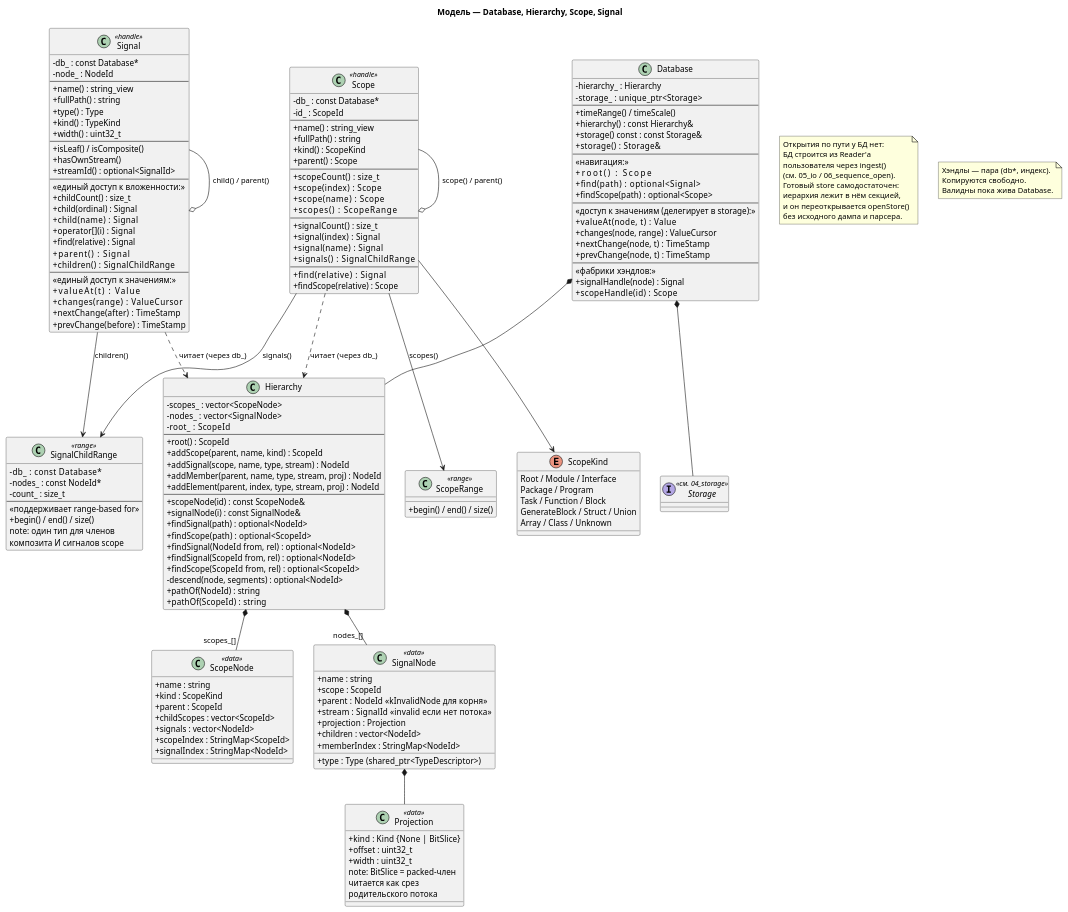
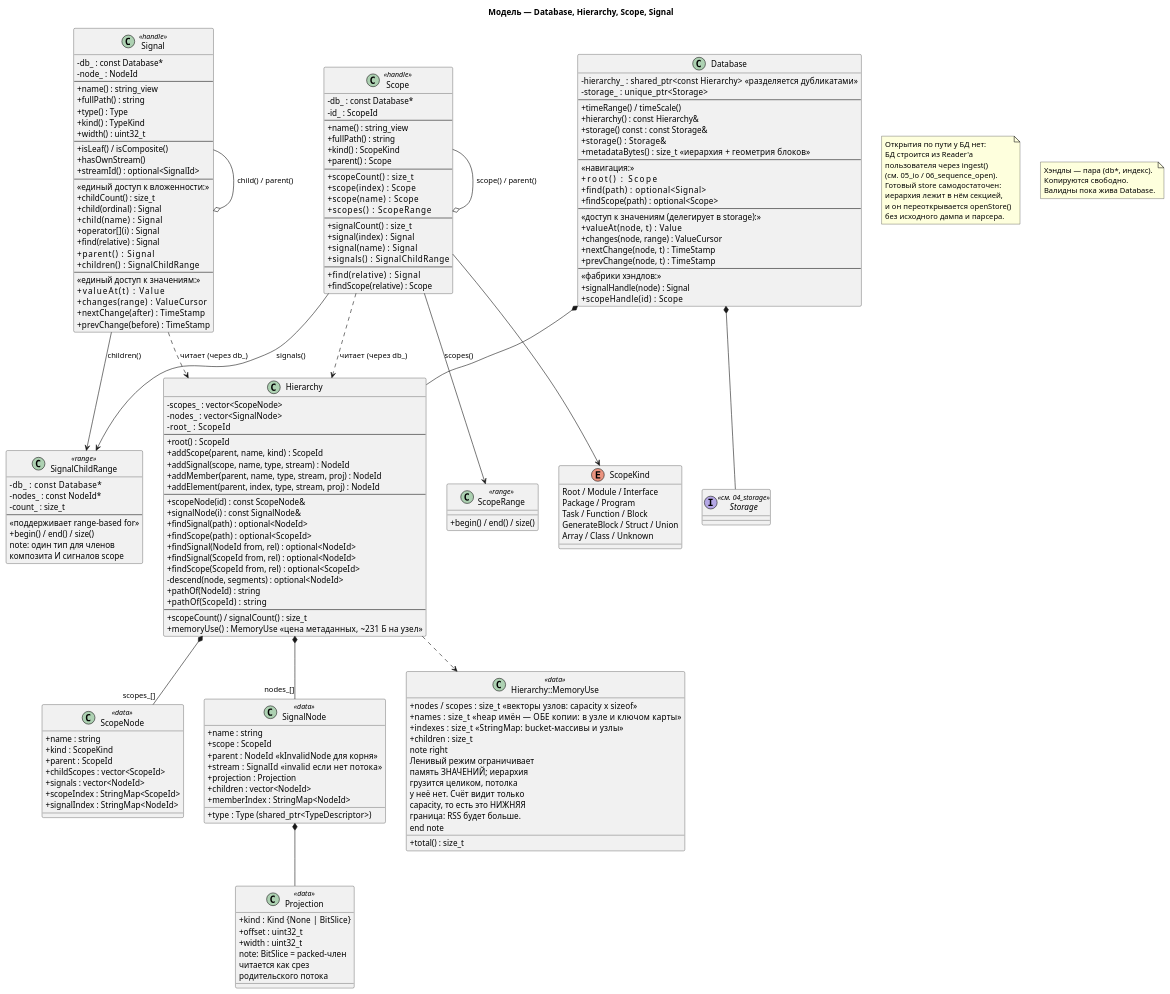
One commit to gikon3/wasafe changed the diagram in docs/uml/03_model.puml. Above: the diagram before and after it, drawn with PlantUML. The commit also changed 3 other files, not shown here.

```diff
--- a/docs/uml/03_model.puml
+++ b/docs/uml/03_model.puml
@@ -57,20 +57,42 @@
     - descend(node, segments) : optional<NodeId>
     + pathOf(NodeId) : string
     + pathOf(ScopeId)   : string
+    --
+    + scopeCount() / signalCount() : size_t
+    + memoryUse() : MemoryUse   «цена метаданных, ~231 Б на узел»
 }
+
+class "Hierarchy::MemoryUse" as MemoryUse <<data>> {
+    + nodes / scopes : size_t   «векторы узлов: capacity x sizeof»
+    + names    : size_t   «heap имён — ОБЕ копии: в узле и ключом карты»
+    + indexes  : size_t   «StringMap: bucket-массивы и узлы»
+    + children : size_t
+    + total() : size_t
+    note right
+      Ленивый режим ограничивает
+      память ЗНАЧЕНИЙ; иерархия
+      грузится целиком, потолка
+      у неё нет. Счёт видит только
+      capacity, то есть это НИЖНЯЯ
+      граница: RSS будет больше.
+    end note
+}
+
+Hierarchy ..> MemoryUse
 
 Hierarchy *-- "scopes_[]" ScopeNode
 Hierarchy *-- "nodes_[]" SignalNode
 
 ' ──────────────── База данных — фасад над иерархией и значениями ────────────────
 class Database {
-    - hierarchy_ : Hierarchy
+    - hierarchy_ : shared_ptr<const Hierarchy>   «разделяется дубликатами»
     - storage_   : unique_ptr<Storage>
     --
     + timeRange() / timeScale()
     + hierarchy() : const Hierarchy&
     + storage() const : const Storage&
     + storage()   : Storage&
+    + metadataBytes() : size_t   «иерархия + геометрия блоков»
     --
     «навигация:»
     + root()           : Scope
```
